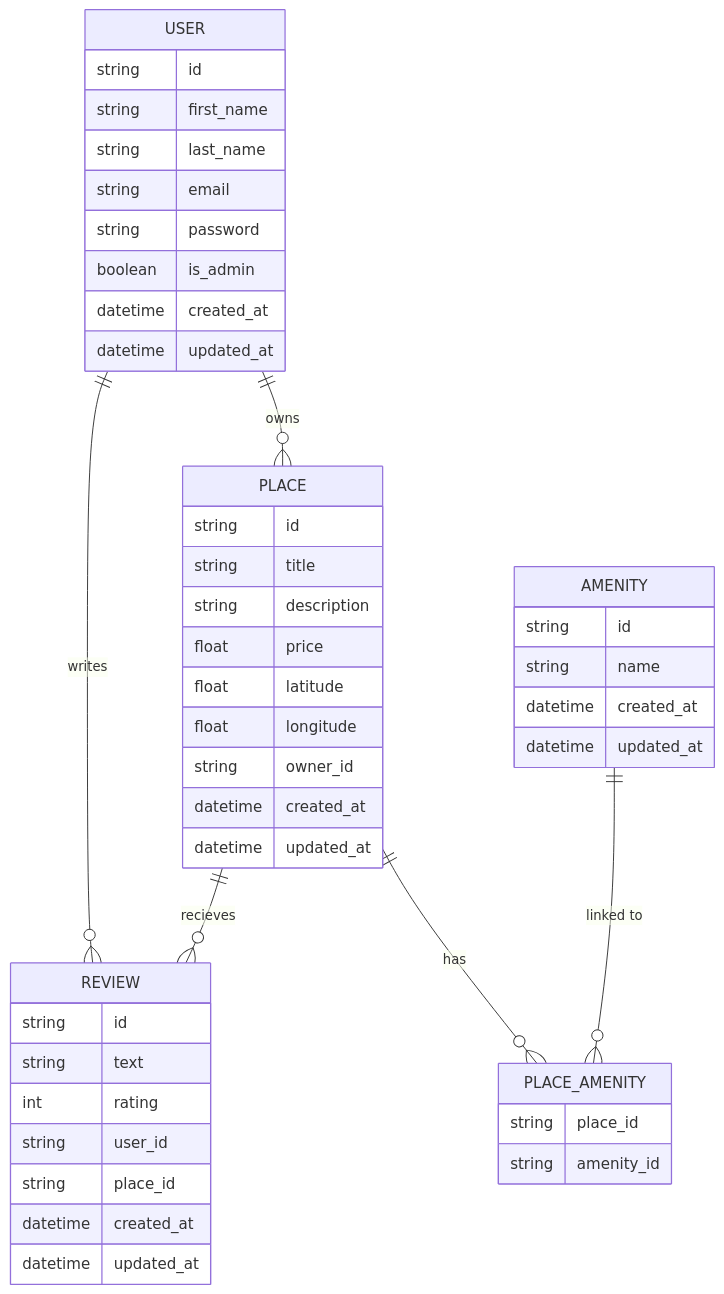
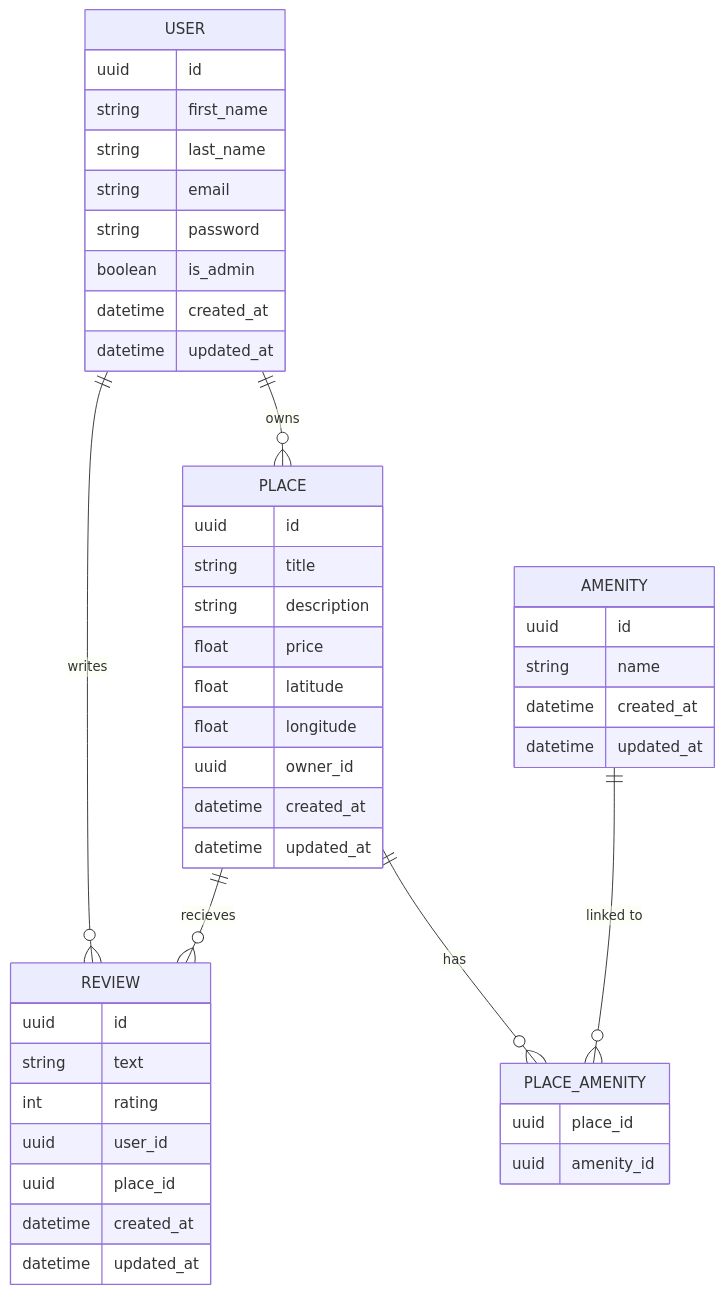
One commit to AGoutieras/holbertonschool-hbnb changed the diagram in part3/hbnb/Diagram.mmd. Above: the diagram before and after it, drawn with Mermaid.

Commit message:
style: changed string to uuid

```diff
--- a/part3/hbnb/Diagram.mmd
+++ b/part3/hbnb/Diagram.mmd
@@ -1,51 +1,51 @@
 erDiagram
     USER {
-        string id
+        uuid id
         string first_name
         string last_name
         string email
         string password
         boolean is_admin
         datetime created_at
         datetime updated_at
     }
 
     PLACE {
-        string id
+        uuid id
         string title
         string description
         float price
         float latitude
         float longitude
-        string owner_id
+        uuid owner_id
         datetime created_at
         datetime updated_at
     }
 
     REVIEW {
-        string id
+        uuid id
         string text
         int rating
-        string user_id
-        string place_id
+        uuid user_id
+        uuid place_id
         datetime created_at
         datetime updated_at
     }
 
     AMENITY {
-        string id
+        uuid id
         string name
         datetime created_at
         datetime updated_at
     }
 
     PLACE_AMENITY {
-        string place_id
-        string amenity_id
+        uuid place_id
+        uuid amenity_id
     }
 
     USER ||--o{ PLACE : "owns"
     USER ||--o{ REVIEW : "writes"
     PLACE||--o{ REVIEW : "recieves"
     PLACE||--o{ PLACE_AMENITY : "has"
     AMENITY||--o{ PLACE_AMENITY : "linked to"
```
